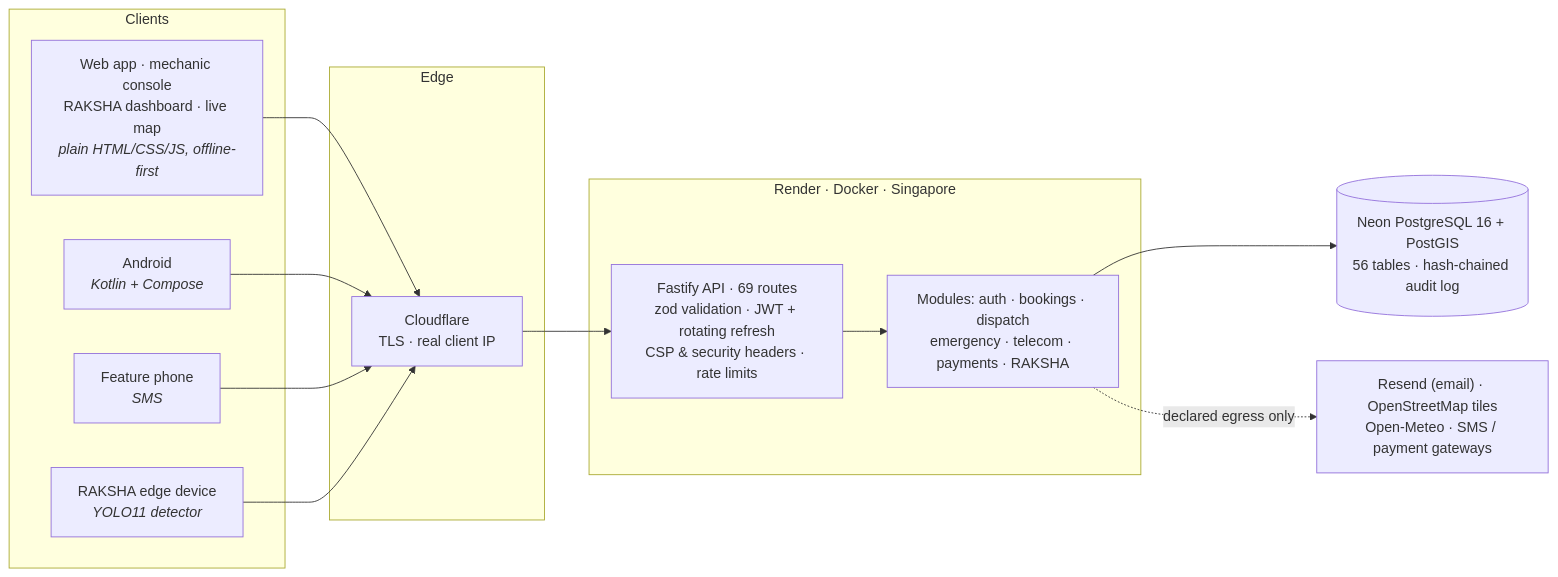
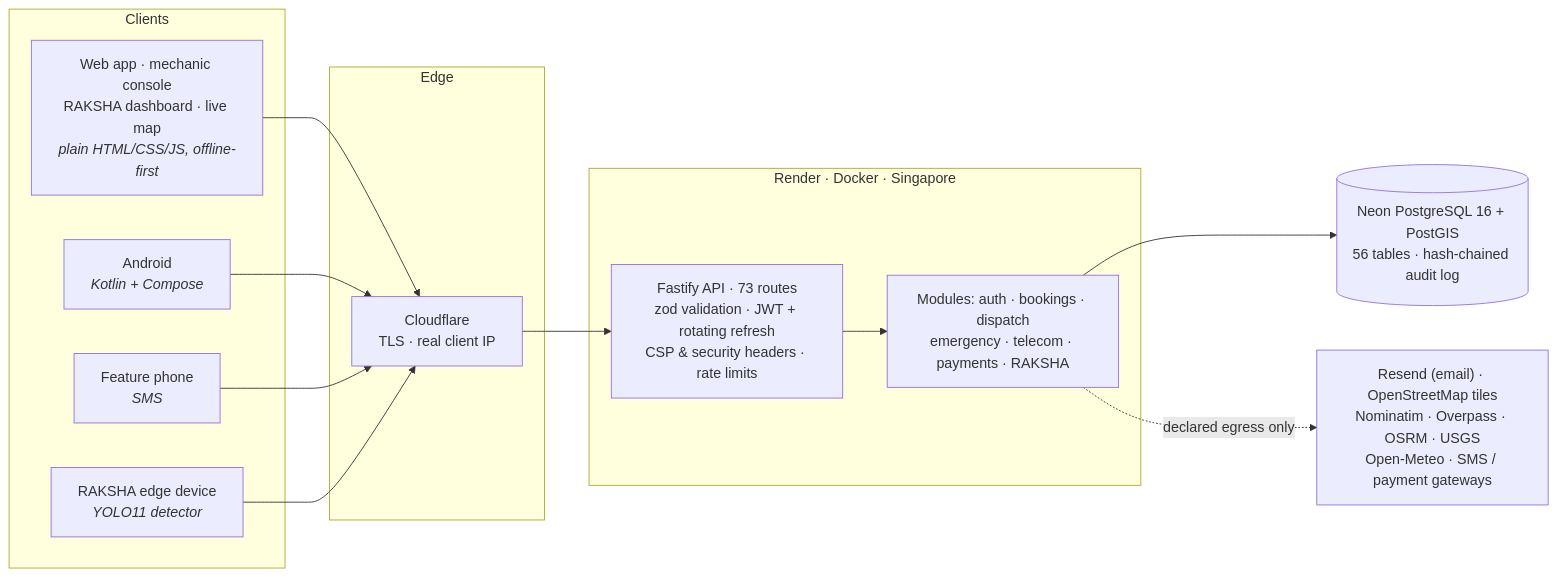
Before and after one commit to saatwik-1157/roadassist-bharat: the diagram in README.md, drawn with Mermaid. The commit also changed other lines of this file and 66 other files, not shown here.

````diff
--- a/README.md
+++ b/README.md
@@ -148,26 +187,26 @@
 ```mermaid
 flowchart LR
   subgraph Clients
     W["Web app · mechanic console<br/>RAKSHA dashboard · live map<br/><i>plain HTML/CSS/JS, offline-first</i>"]
     A["Android<br/><i>Kotlin + Compose</i>"]
     F["Feature phone<br/><i>SMS</i>"]
     E["RAKSHA edge device<br/><i>YOLO11 detector</i>"]
   end
 
   subgraph Edge
     CF["Cloudflare<br/>TLS · real client IP"]
   end
 
   subgraph Render["Render · Docker · Singapore"]
-    API["Fastify API · 69 routes<br/>zod validation · JWT + rotating refresh<br/>CSP & security headers · rate limits"]
+    API["Fastify API · 73 routes<br/>zod validation · JWT + rotating refresh<br/>CSP & security headers · rate limits"]
     MOD["Modules: auth · bookings · dispatch<br/>emergency · telecom · payments · RAKSHA"]
     API --> MOD
   end
 
   DB[("Neon PostgreSQL 16 + PostGIS<br/>56 tables · hash-chained audit log")]
-  X["Resend (email) · OpenStreetMap tiles<br/>Open-Meteo · SMS / payment gateways"]
+  X["Resend (email) · OpenStreetMap tiles<br/>Nominatim · Overpass · OSRM · USGS<br/>Open-Meteo · SMS / payment gateways"]
 
   W & A & F & E --> CF --> API
   MOD --> DB
   MOD -. declared egress only .-> X
 ```
````
